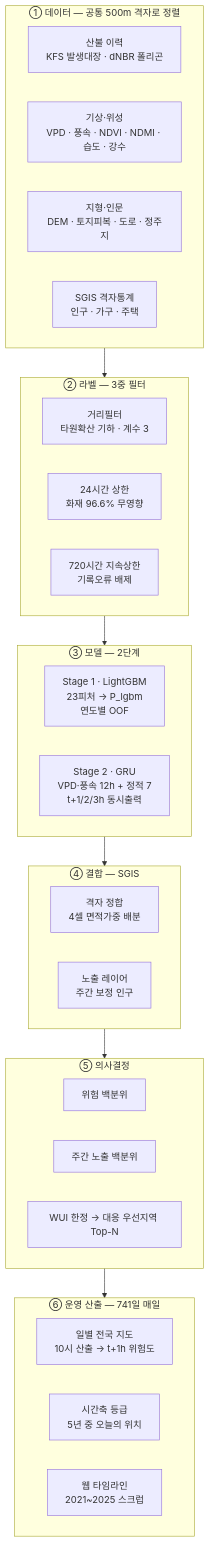
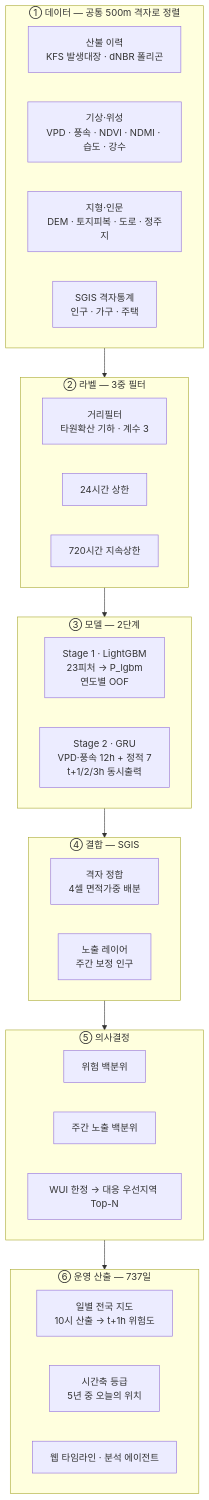
One commit to tradeprogram/SGIS changed the diagram in README.md. Above: the diagram before and after it, drawn with Mermaid. The commit also changed other lines of this file, not shown here.

````diff
--- a/README.md
+++ b/README.md
@@ -64,33 +56,33 @@
 ```mermaid
 flowchart TB
     subgraph S1["① 데이터 — 공통 500m 격자로 정렬"]
         A1[산불 이력<br/>KFS 발생대장 · dNBR 폴리곤]
         A2[기상·위성<br/>VPD · 풍속 · NDVI · NDMI · 습도 · 강수]
         A3[지형·인문<br/>DEM · 토지피복 · 도로 · 정주지]
         A4[SGIS 격자통계<br/>인구 · 가구 · 주택]
     end
     subgraph S2["② 라벨 — 3중 필터"]
         B1[거리필터<br/>타원확산 기하 · 계수 3]
-        B2[24시간 상한<br/>화재 96.6% 무영향]
-        B3[720시간 지속상한<br/>기록오류 배제]
+        B2[24시간 상한]
+        B3[720시간 지속상한]
     end
     subgraph S3["③ 모델 — 2단계"]
         C1[Stage 1 · LightGBM<br/>23피처 → P_lgbm<br/>연도별 OOF]
         C2[Stage 2 · GRU<br/>VPD·풍속 12h + 정적 7<br/>t+1/2/3h 동시출력]
     end
     subgraph S4["④ 결합 — SGIS"]
         D1[격자 정합<br/>4셀 면적가중 배분]
         D2[노출 레이어<br/>주간 보정 인구]
     end
     subgraph S5["⑤ 의사결정"]
         E1[위험 백분위]
         E2[주간 노출 백분위]
         E3[WUI 한정 → 대응 우선지역 Top-N]
     end
-    subgraph S6["⑥ 운영 산출 — 741일 매일"]
+    subgraph S6["⑥ 운영 산출 — 737일"]
         F1[일별 전국 지도<br/>10시 산출 → t+1h 위험도]
         F2[시간축 등급<br/>5년 중 오늘의 위치]
-        F3[웹 타임라인<br/>2021~2025 스크럽]
+        F3[웹 타임라인 · 분석 에이전트]
     end
     S1 --> S2 --> S3 --> S4 --> S5 --> S6
 ```
````
